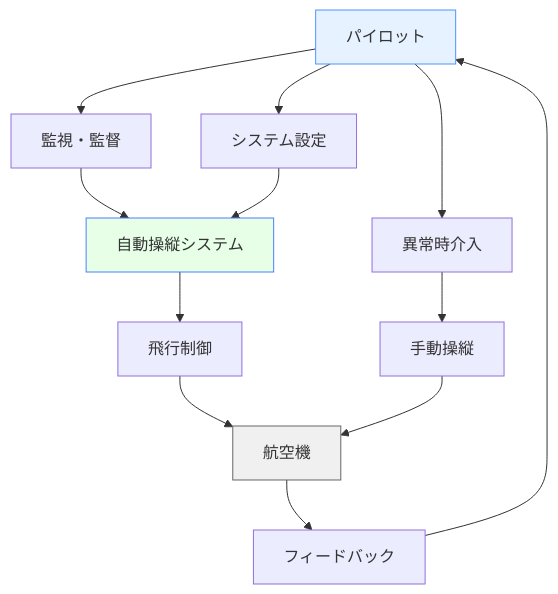
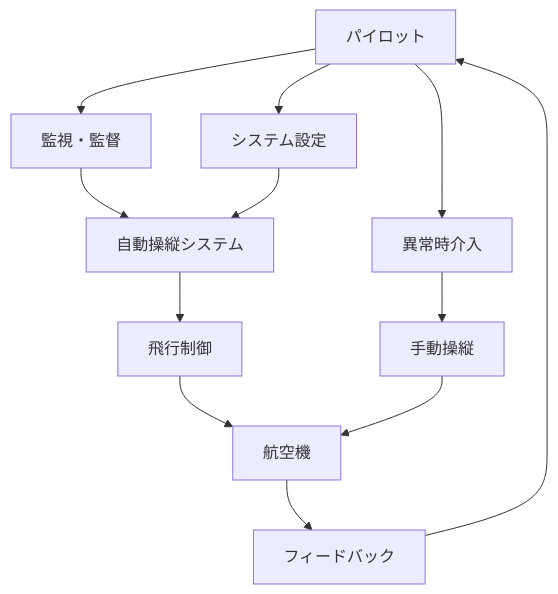
Before and after one commit to shuji-bonji/Situational-Awareness-and-Decision-Making: the third of 6 diagrams in docs/applications/aviation-sa.md, drawn with Mermaid. The commit also changed other lines of this file and 49 other files, not shown here.

Commit message:
fix: ダークモードで見づらい図の色の変更

````diff
--- a/docs/applications/aviation-sa.md
+++ b/docs/applications/aviation-sa.md
@@ -191,20 +186,20 @@
 ```mermaid
 graph TD
     A[パイロット] --> B[監視・監督]
     B --> C[自動操縦システム]
     C --> D[飛行制御]
     D --> E[航空機]
     E --> F[フィードバック]
     F --> A
     
     A --> G[異常時介入]
     G --> H[手動操縦]
     H --> E
     
     A --> I[システム設定]
     I --> C
     
-    style A fill:#e6f2ff,stroke:#4d94ff
-    style E fill:#f0f0f0,stroke:#666
-    style C fill:#e6ffe6,stroke:#4d7fff
+
+
+
 ```
````
